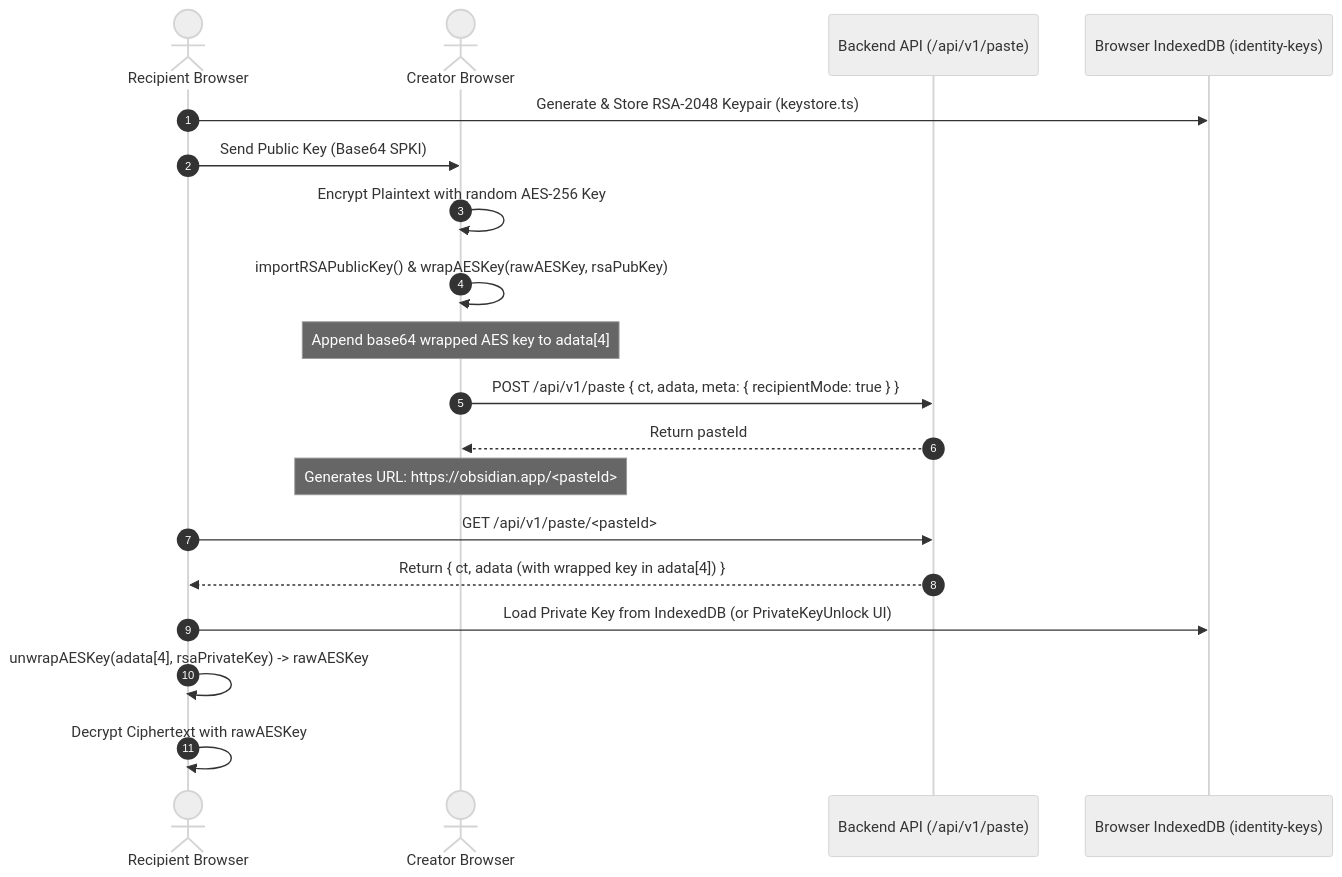
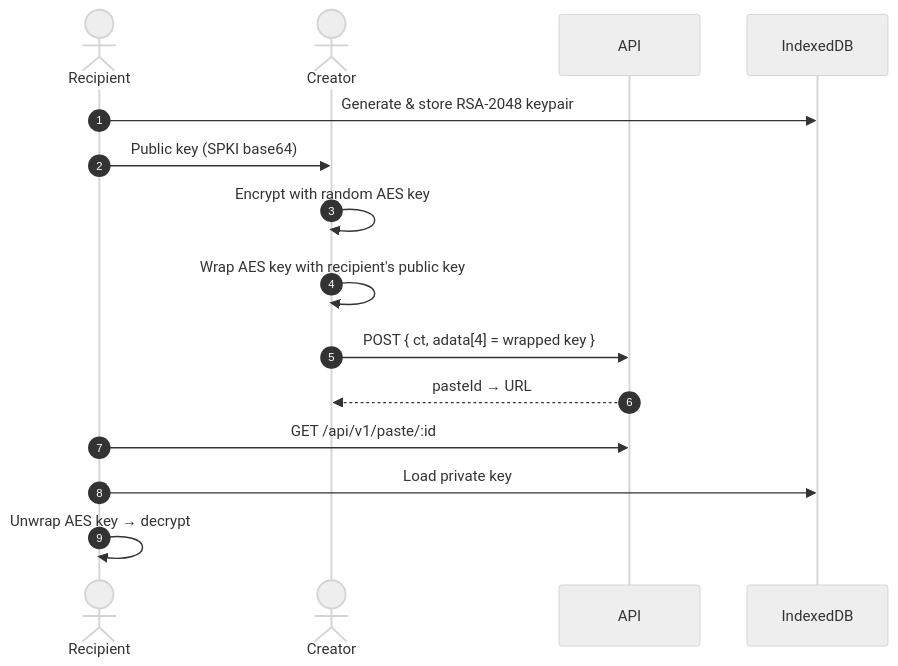
One commit to OjasKugore/Obsidian changed the second of 4 diagrams in README.md. Above: the diagram before and after it, drawn with Mermaid (neutral theme). The commit also changed other lines of this file, not shown here.

````diff
--- a/README.md
+++ b/README.md
@@ -220,22 +41,18 @@
 ```mermaid
 sequenceDiagram
     autonumber
-    actor Recipient as Recipient Browser
-    actor Creator as Creator Browser
-    participant API as Backend API (/api/v1/paste)
-    participant IDB as Browser IndexedDB (identity-keys)
+    actor Recipient
+    actor Creator
+    participant API
+    participant IDB as IndexedDB
 
-    Recipient->>IDB: Generate & Store RSA-2048 Keypair (keystore.ts)
-    Recipient->>Creator: Send Public Key (Base64 SPKI)
-    Creator->>Creator: Encrypt Plaintext with random AES-256 Key
-    Creator->>Creator: importRSAPublicKey() & wrapAESKey(rawAESKey, rsaPubKey)
-    Note over Creator: Append base64 wrapped AES key to adata[4]
-    Creator->>API: POST /api/v1/paste { ct, adata, meta: { recipientMode: true } }
-    API-->>Creator: Return pasteId
-    Note over Creator: Generates URL: https://obsidian.app/<pasteId>#asym
-    Recipient->>API: GET /api/v1/paste/<pasteId>
-    API-->>Recipient: Return { ct, adata (with wrapped key in adata[4]) }
-    Recipient->>IDB: Load Private Key from IndexedDB (or PrivateKeyUnlock UI)
-    Recipient->>Recipient: unwrapAESKey(adata[4], rsaPrivateKey) -> rawAESKey
-    Recipient->>Recipient: Decrypt Ciphertext with rawAESKey
+    Recipient->>IDB: Generate & store RSA-2048 keypair
+    Recipient->>Creator: Public key (SPKI base64)
+    Creator->>Creator: Encrypt with random AES key
+    Creator->>Creator: Wrap AES key with recipient's public key
+    Creator->>API: POST { ct, adata[4] = wrapped key }
+    API-->>Creator: pasteId → URL#asym
+    Recipient->>API: GET /api/v1/paste/:id
+    Recipient->>IDB: Load private key
+    Recipient->>Recipient: Unwrap AES key → decrypt
 ```
````
